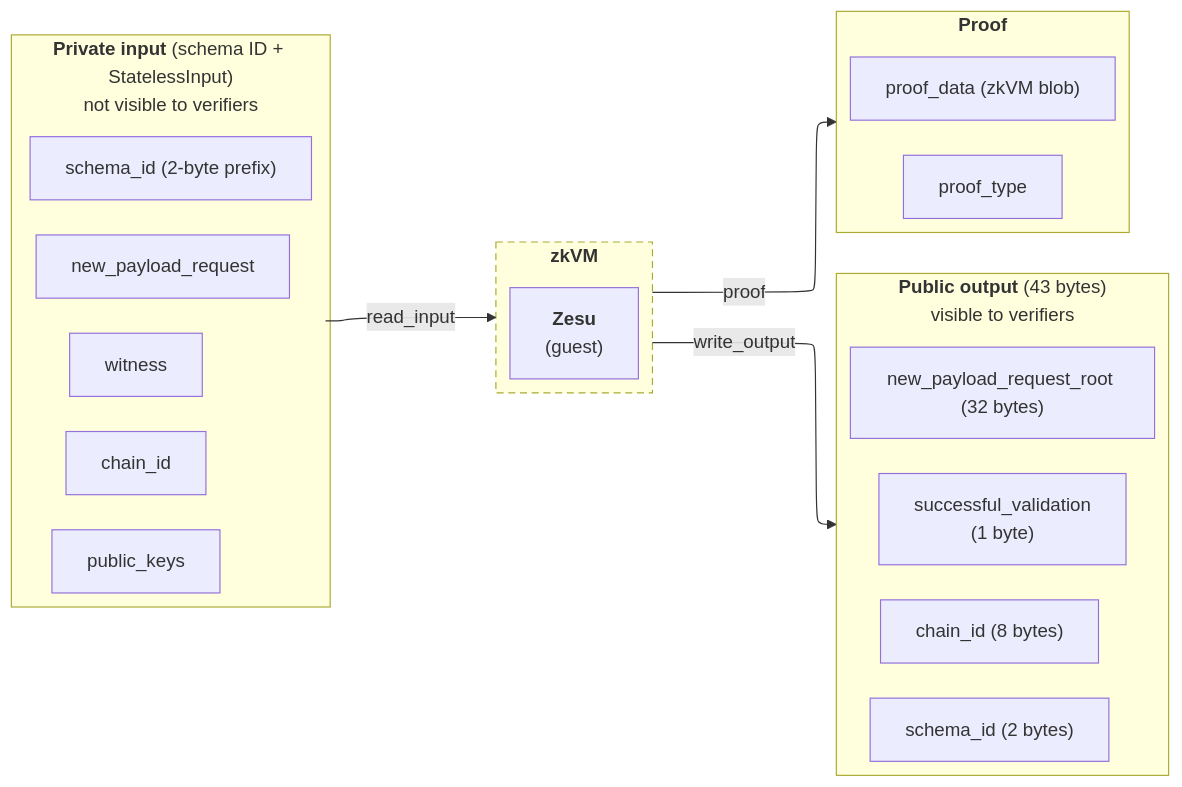
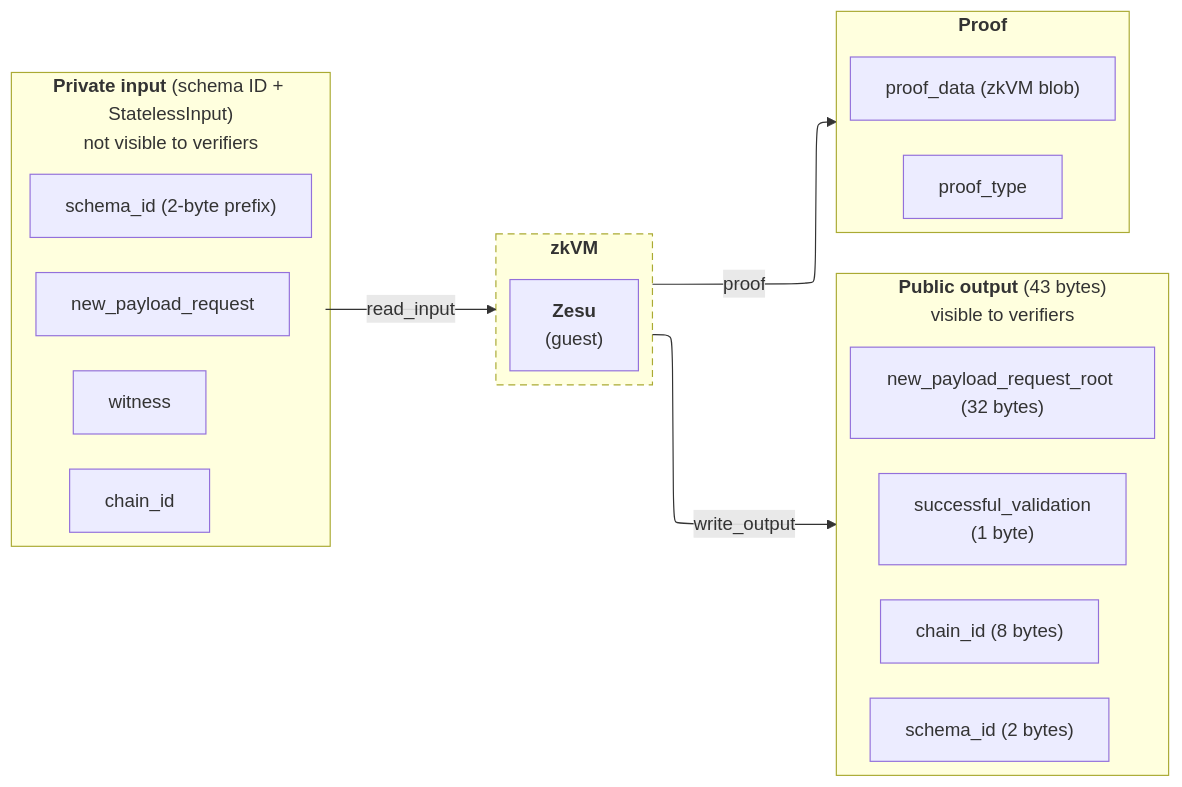
The diagram in docs/concepts/inputs-and-outputs.mdx (Consensys-Incorporated/doc.zesu), drawn with Mermaid before and after one commit. The commit also changed other lines of this file, not shown here.

Commit message:
Remove public_keys from the stateless input docs. (#81)

````diff
--- a/docs/concepts/inputs-and-outputs.mdx
+++ b/docs/concepts/inputs-and-outputs.mdx
@@ -33,41 +33,40 @@
 ```mermaid
 ---
 config:
   layout: elk
   elk:
     nodePlacementStrategy: LINEAR_SEGMENTS
 ---
 flowchart LR
     subgraph input["`**Private input** (schema ID + StatelessInput)<br/>not visible to verifiers`"]
         direction TB
         F0["schema_id (2-byte prefix)"]
         F1[new_payload_request]
         F2[witness]
         F3[chain_id]
-        F4[public_keys]
     end
     subgraph zkvm["`**zkVM**`"]
         Z["`**Zesu**<br/>(guest)`"]
     end
     subgraph pubout["`**Public output** (43 bytes)<br/>visible to verifiers`"]
         direction TB
         O1["new_payload_request_root (32 bytes)"]
         O2["successful_validation<br/>(1 byte)"]
         O3["chain_id (8 bytes)"]
         O4["schema_id (2 bytes)"]
     end
     subgraph proof["`**Proof**`"]
         direction TB
         P1["proof_data (zkVM blob)"]
         P2[proof_type]
     end
-    F0 ~~~ F1 ~~~ F2 ~~~ F3 ~~~ F4
+    F0 ~~~ F1 ~~~ F2 ~~~ F3
     O1 ~~~ O2 ~~~ O3 ~~~ O4
     P1 ~~~ P2
     input -->|read_input| zkvm
     zkvm -->|write_output| pubout
     zkvm -->|proof| proof
     class pubout,proof blueBox
     class input grayBox
     style zkvm stroke-dasharray:6 4
 ```
````
